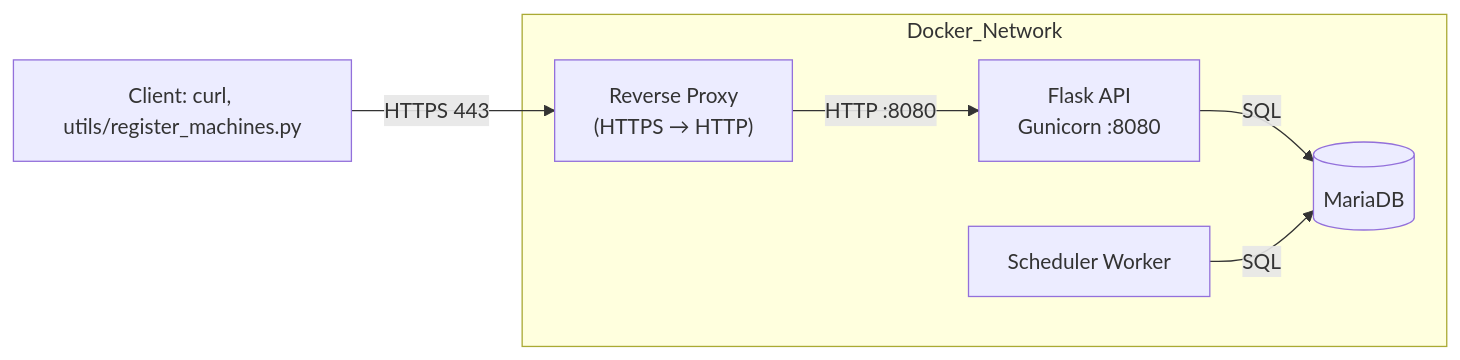
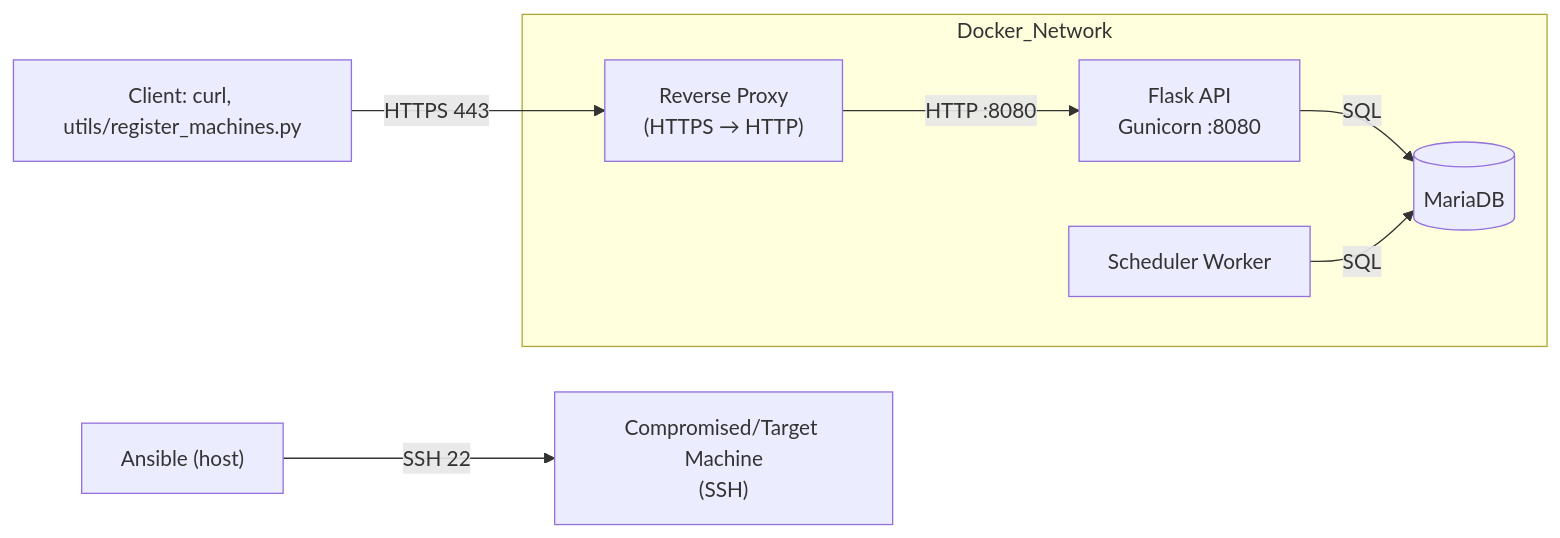
One commit to Jeomhps/projet-IAC changed the diagram in README.md. Above: the diagram before and after it, drawn with Mermaid.

Commit message:
doc : better diag

````diff
--- a/README.md
+++ b/README.md
@@ -75,17 +75,22 @@
 ```mermaid
 flowchart LR
   Client["Client: curl, utils/register_machines.py"]
 
   subgraph Docker_Network
     RP["Reverse Proxy<br/>(HTTPS → HTTP)"]
     API["Flask API<br/>Gunicorn :8080"]
     SCHED["Scheduler Worker"]
     DB[(MariaDB)]
 
     RP -->|HTTP :8080| API
     API -->|SQL| DB
     SCHED -->|SQL| DB
   end
 
   Client -->|HTTPS 443| RP
+
+  ANS["Ansible (host)"]
+  TARGET["Compromised/Target Machine<br/>(SSH)"]
+
+  ANS -->|SSH 22| TARGET
 ```
````
